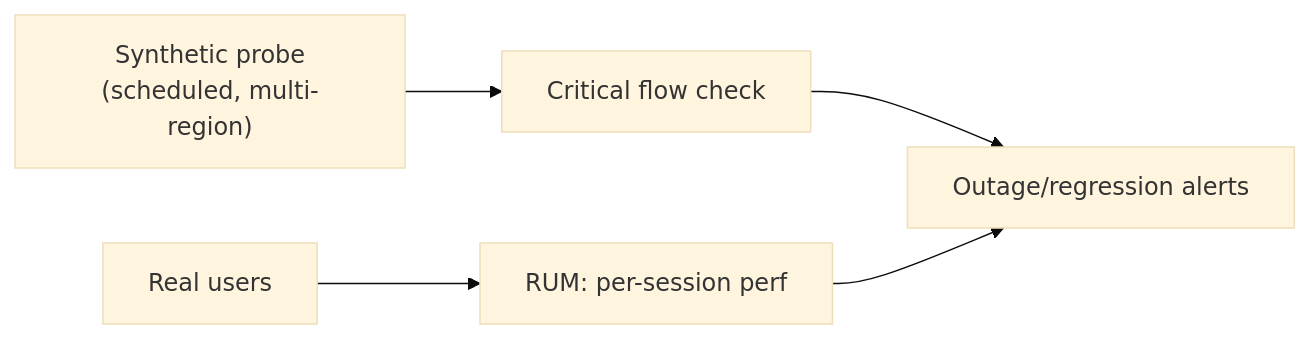
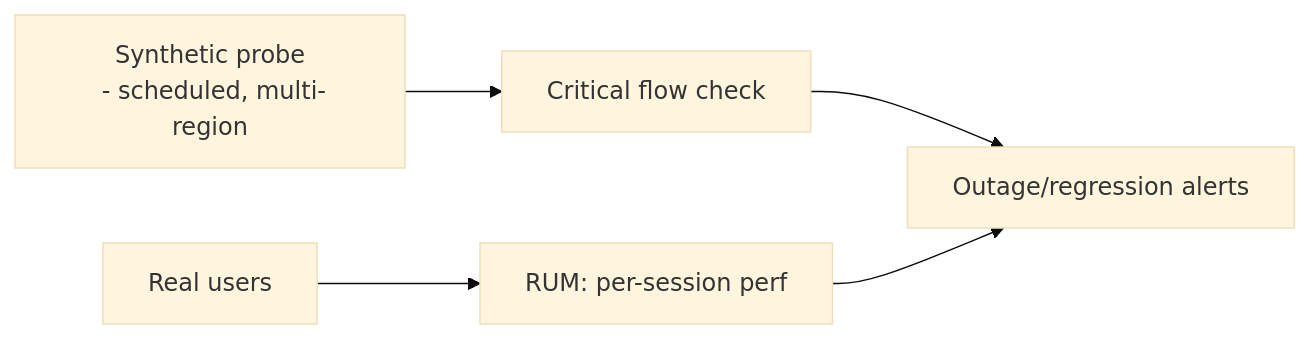
The diagram in docs/08-observability/05-cost-synthetic-rum-profiling.md (RIT-MESH/system-design-mastery), drawn with Mermaid (base theme) before and after one commit. The commit also changed 139 other files, not shown here.

First line of the commit message:
Fix Mermaid parse errors: replace parentheses in node labels across 140 files

````diff
--- a/docs/08-observability/05-cost-synthetic-rum-profiling.md
+++ b/docs/08-observability/05-cost-synthetic-rum-profiling.md
@@ -26,7 +26,7 @@
 ```mermaid
 %% created-for: system-design-mastery
 flowchart LR
-  Probe["Synthetic probe<br/>(scheduled, multi-region)"] --> Flow["Critical flow check"]
+  Probe["Synthetic probe<br/> - scheduled, multi-region"] --> Flow["Critical flow check"]
   Users["Real users"] --> RUM["RUM: per-session perf"]
   Flow & RUM --> Alerts["Outage/regression alerts"]
 ```
````
